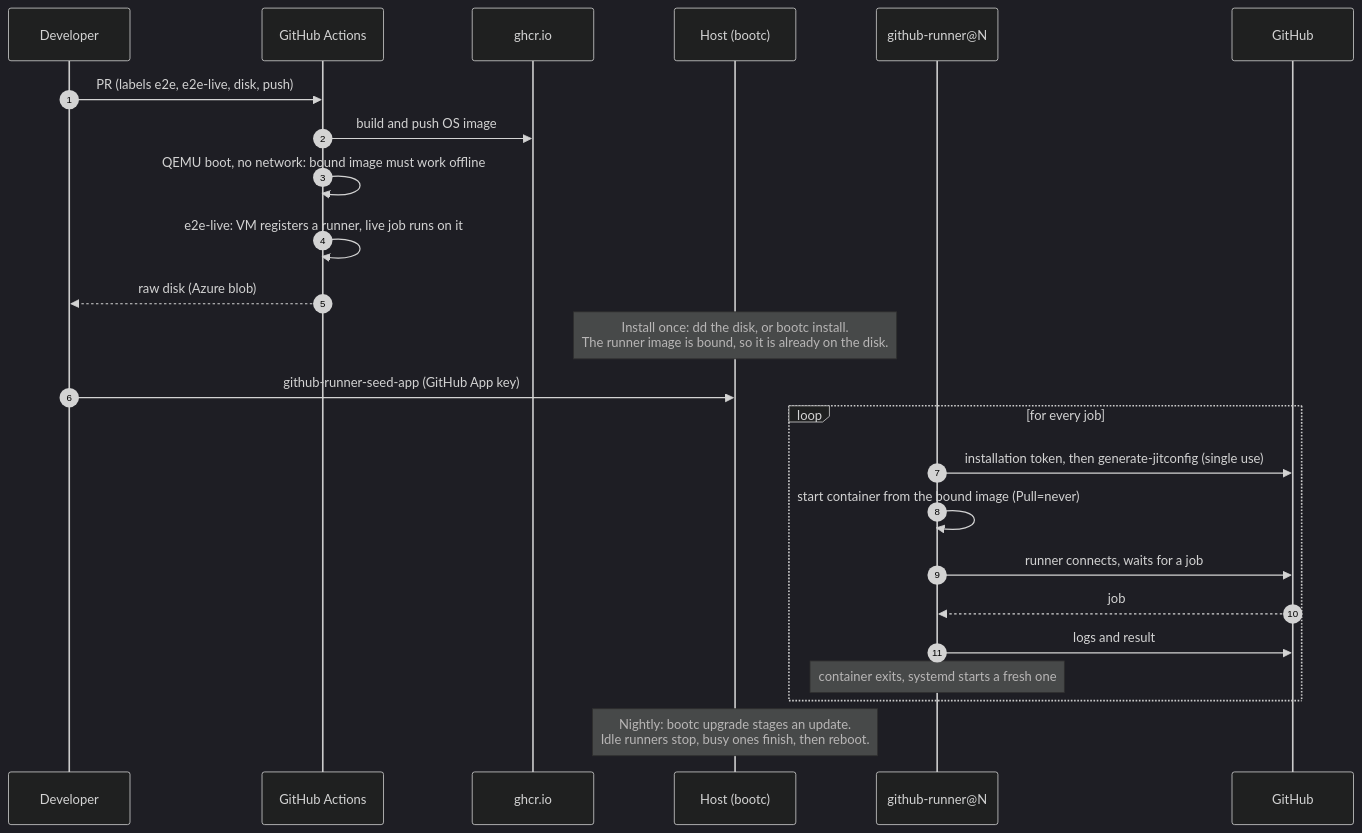
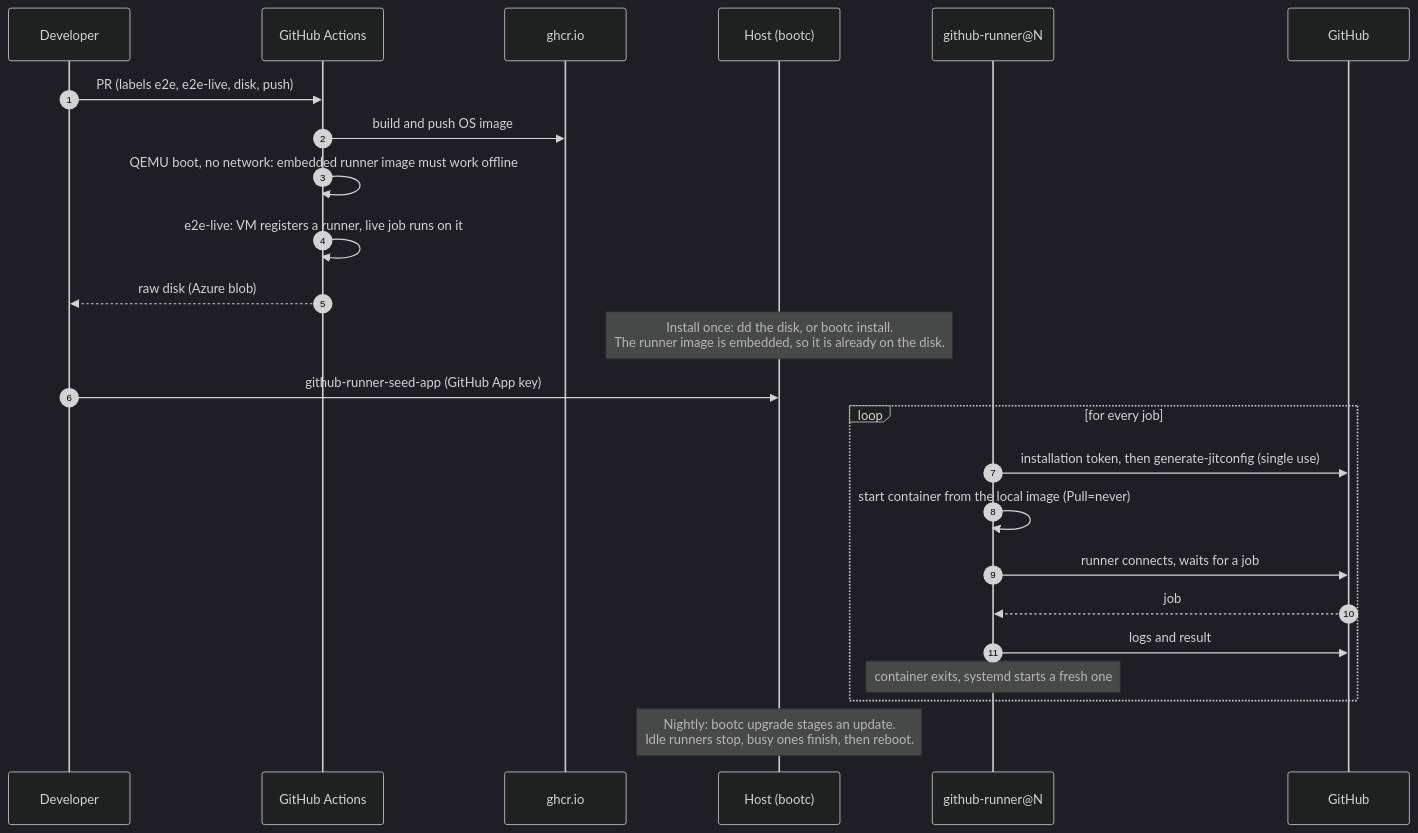
One commit to cthtrifork/github-runner-bootc changed the second of 2 diagrams in docs/architecture.md. Above: the diagram before and after it, drawn with Mermaid (dark theme). The commit also changed other lines of this file and 17 other files, not shown here.

First line of the commit message:
feat(image): embed the runner image in the OS image instead of binding it

````diff
--- a/docs/architecture.md
+++ b/docs/architecture.md
@@ -60,30 +59,30 @@
 ```mermaid
 sequenceDiagram
     autonumber
     participant D as Developer
     participant CI as GitHub Actions
     participant R as ghcr.io
     participant H as Host (bootc)
     participant S as github-runner@N
     participant G as GitHub
 
     D->>CI: PR (labels e2e, e2e-live, disk, push)
     CI->>R: build and push OS image
-    CI->>CI: QEMU boot, no network: bound image must work offline
+    CI->>CI: QEMU boot, no network: embedded runner image must work offline
     CI->>CI: e2e-live: VM registers a runner, live job runs on it
     CI-->>D: raw disk (Azure blob)
 
-    Note over H: Install once: dd the disk, or bootc install.<br/>The runner image is bound, so it is already on the disk.
+    Note over H: Install once: dd the disk, or bootc install.<br/>The runner image is embedded, so it is already on the disk.
     D->>H: github-runner-seed-app (GitHub App key)
 
     loop for every job
         S->>G: installation token, then generate-jitconfig (single use)
-        S->>S: start container from the bound image (Pull=never)
+        S->>S: start container from the local image (Pull=never)
         S->>G: runner connects, waits for a job
         G-->>S: job
         S->>G: logs and result
         Note over S: container exits, systemd starts a fresh one
     end
 
     Note over H: Nightly: bootc upgrade stages an update.<br/>Idle runners stop, busy ones finish, then reboot.
 ```
````
